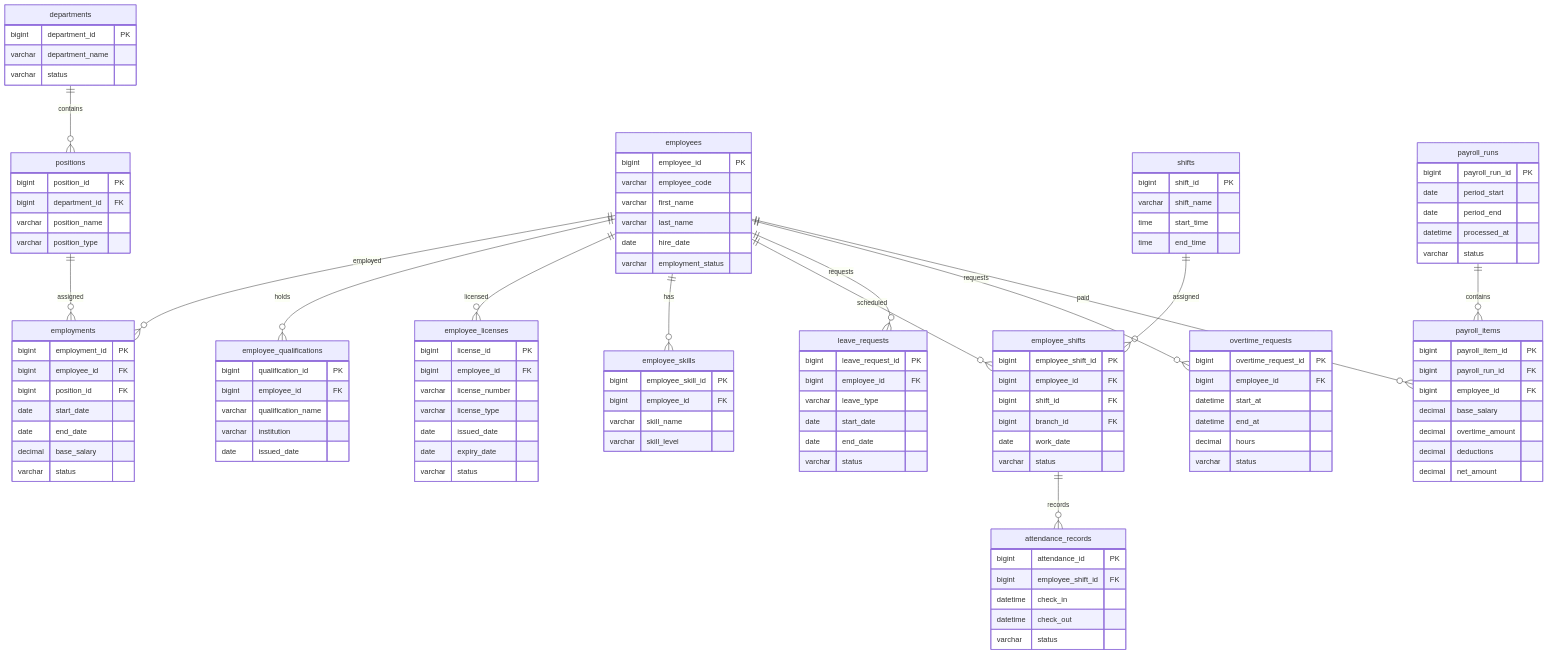
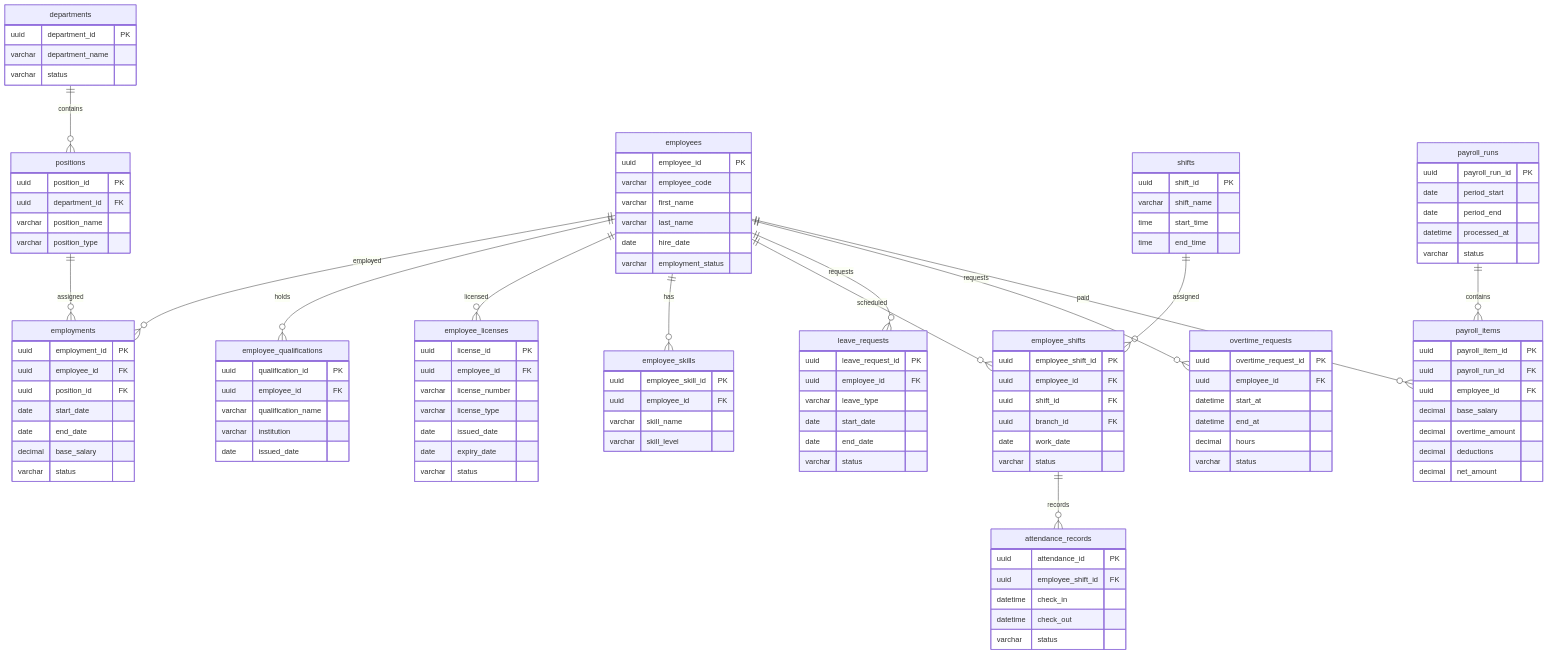
One commit to raveniqu/vet-clinic-web changed the tenth of 11 diagrams in prototype/docs/Database/ER_Diagram.md. Above: the diagram before and after it, drawn with Mermaid. The commit also changed other lines of this file and 152 other files, not shown here.

```diff
--- a/prototype/docs/Database/ER_Diagram.md
+++ b/prototype/docs/Database/ER_Diagram.md
@@ -1509,7 +1509,7 @@
     employees ||--o{ payroll_items : paid
 
     employees {
-        bigint employee_id PK
+        uuid employee_id PK
         varchar employee_code
         varchar first_name
         varchar last_name
@@ -1518,22 +1518,22 @@
     }
 
     departments {
-        bigint department_id PK
+        uuid department_id PK
         varchar department_name
         varchar status
     }
 
     positions {
-        bigint position_id PK
-        bigint department_id FK
+        uuid position_id PK
+        uuid department_id FK
         varchar position_name
         varchar position_type
     }
 
     employments {
-        bigint employment_id PK
-        bigint employee_id FK
-        bigint position_id FK
+        uuid employment_id PK
+        uuid employee_id FK
+        uuid position_id FK
         date start_date
         date end_date
         decimal base_salary
@@ -1541,16 +1541,16 @@
     }
 
     employee_qualifications {
-        bigint qualification_id PK
-        bigint employee_id FK
+        uuid qualification_id PK
+        uuid employee_id FK
         varchar qualification_name
         varchar institution
         date issued_date
     }
 
     employee_licenses {
-        bigint license_id PK
-        bigint employee_id FK
+        uuid license_id PK
+        uuid employee_id FK
         varchar license_number
         varchar license_type
         date issued_date
@@ -1559,39 +1559,39 @@
     }
 
     employee_skills {
-        bigint employee_skill_id PK
-        bigint employee_id FK
+        uuid employee_skill_id PK
+        uuid employee_id FK
         varchar skill_name
         varchar skill_level
     }
 
     shifts {
-        bigint shift_id PK
+        uuid shift_id PK
         varchar shift_name
         time start_time
         time end_time
     }
 
     employee_shifts {
-        bigint employee_shift_id PK
-        bigint employee_id FK
-        bigint shift_id FK
-        bigint branch_id FK
+        uuid employee_shift_id PK
+        uuid employee_id FK
+        uuid shift_id FK
+        uuid branch_id FK
         date work_date
         varchar status
     }
 
     attendance_records {
-        bigint attendance_id PK
-        bigint employee_shift_id FK
+        uuid attendance_id PK
+        uuid employee_shift_id FK
         datetime check_in
         datetime check_out
         varchar status
     }
 
     leave_requests {
-        bigint leave_request_id PK
-        bigint employee_id FK
+        uuid leave_request_id PK
+        uuid employee_id FK
         varchar leave_type
         date start_date
         date end_date
@@ -1599,8 +1599,8 @@
     }
 
     overtime_requests {
-        bigint overtime_request_id PK
-        bigint employee_id FK
+        uuid overtime_request_id PK
+        uuid employee_id FK
         datetime start_at
         datetime end_at
         decimal hours
@@ -1608,7 +1608,7 @@
     }
 
     payroll_runs {
-        bigint payroll_run_id PK
+        uuid payroll_run_id PK
         date period_start
         date period_end
         datetime processed_at
@@ -1616,9 +1616,9 @@
     }
 
     payroll_items {
-        bigint payroll_item_id PK
-        bigint payroll_run_id FK
-        bigint employee_id FK
+        uuid payroll_item_id PK
+        uuid payroll_run_id FK
+        uuid employee_id FK
         decimal base_salary
         decimal overtime_amount
         decimal deductions
```
